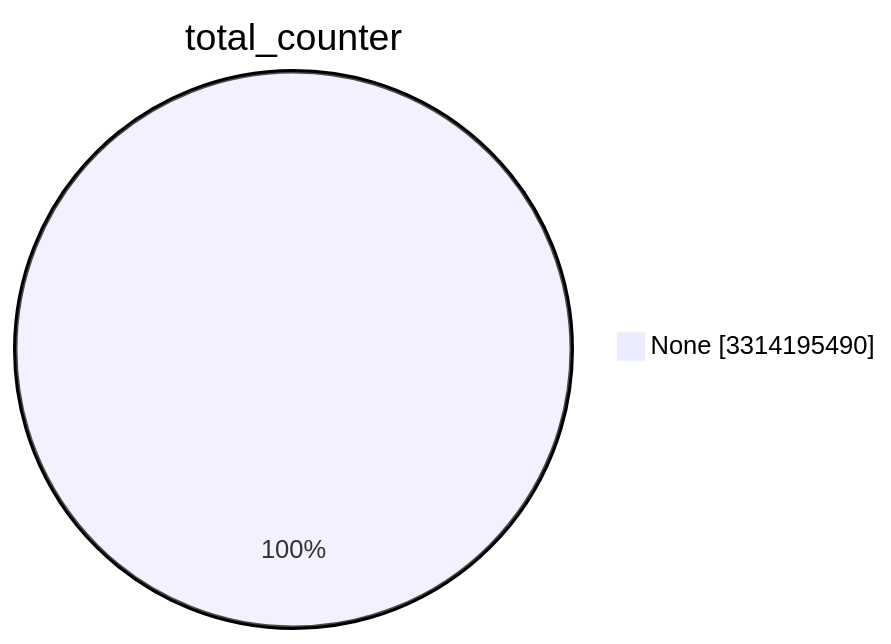
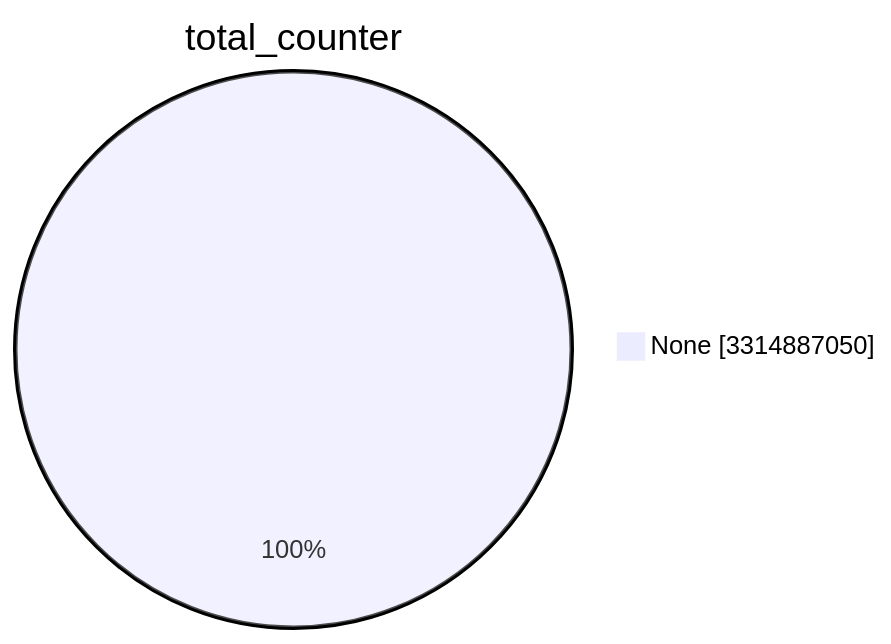
Before and after one commit to christiankrug/ctmonitor_visualization: the first of 15 diagrams in TOTAL/README.md, drawn with Mermaid. The commit also changed other lines of this file, not shown here.

````diff
--- a/TOTAL/README.md
+++ b/TOTAL/README.md
@@ -1,5 +1,5 @@
 ```mermaid
 pie showData
 title total_counter
-"None" :3314195490
+"None" :3314887050
 ```
````
